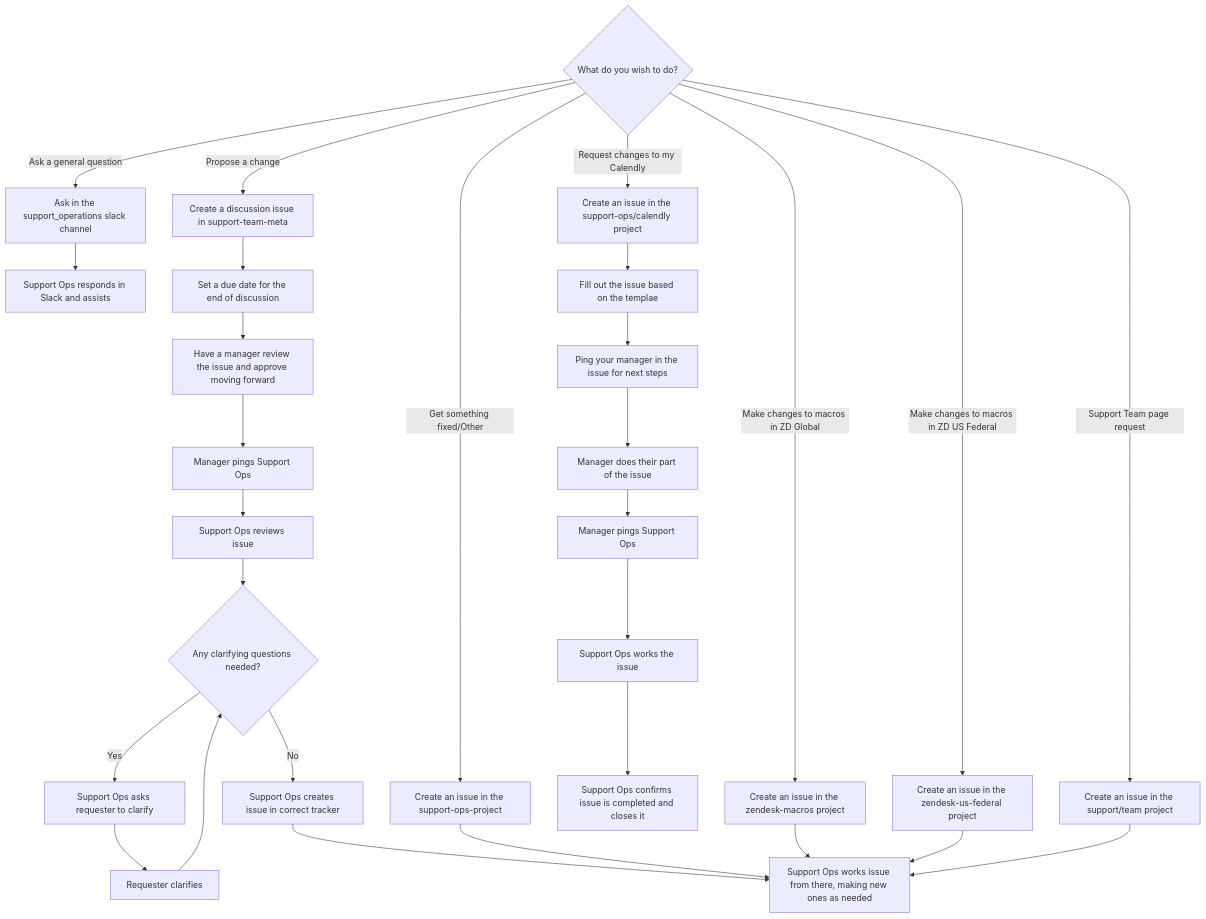
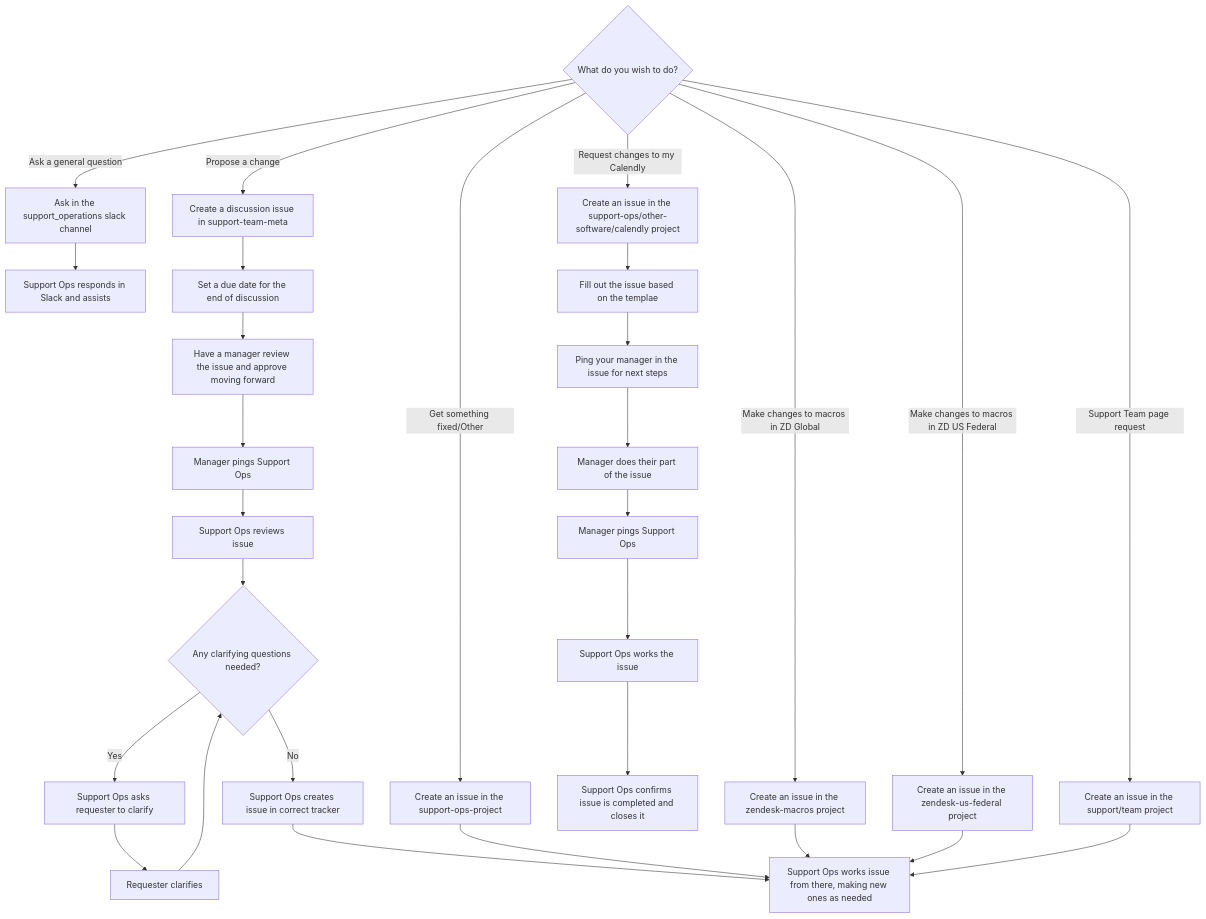
The diagram in support/workflows/working_with_support_ops.html.md (secretstartups/handbook), drawn with Mermaid before and after one commit. The commit also changed other lines of this file and 1 other file, not shown here.

Commit message:
Updating calendly repo URL

````diff
--- a/support/workflows/working_with_support_ops.html.md
+++ b/support/workflows/working_with_support_ops.html.md
@@ -146,55 +146,55 @@
 ```mermaid
 graph TD;
   Start -- "Ask a general question" --> Slack;
   Start -- "Request changes to my Calendly" --> Calendly;
   Start -- "Propose a change" --> SupportTeamMeta;
   Start -- "Get something fixed/Other" --> SupportOpsProject;
   Start -- "Make changes to macros in ZD Global" --> ZendeskMacros;
   Start -- "Make changes to macros in ZD US Federal" --> ZendeskUsFederal;
   Start -- "Support Team page request" --> SupportTeam;
   Slack --> SlackResponds;
   Calendly --> CalendlyFillOutIssue;
   CalendlyFillOutIssue --> CalendlyPingManager;
   CalendlyPingManager --> CalendlyManagerFillOutIssue;
   CalendlyManagerFillOutIssue --> CalendlyManagerPingSupportOps;
   CalendlyManagerPingSupportOps --> CalendlySupportOpsWorksIssue;
   CalendlySupportOpsWorksIssue --> CalendlySupportOpsDone;
   SupportTeamMeta --> SupportTeamMetaDueDate;
   SupportTeamMetaDueDate --> SupportTeamMetaManagerApprove;
   SupportTeamMetaManagerApprove --> SupportTeamMetaManagerPingSupportOps;
   SupportTeamMetaManagerPingSupportOps --> SupportTeamMetaOpsReview;
   SupportTeamMetaOpsReview --> SupportTeamMetaOpsQuestions;
   SupportTeamMetaOpsQuestions -- "Yes" --> SupportTeamMetaOpsAsk;
   SupportTeamMetaOpsAsk --> SupportTeamMetaOpsRequesterClarifies;
   SupportTeamMetaOpsRequesterClarifies --> SupportTeamMetaOpsQuestions;
   SupportTeamMetaOpsQuestions -- "No" --> SupportTeamMetaOpsCreatesIssue;
   SupportTeamMetaOpsCreatesIssue --> OpsWorksIssue;
   SupportOpsProject --> OpsWorksIssue;
   ZendeskMacros --> OpsWorksIssue;
   ZendeskUsFederal --> OpsWorksIssue;
   SupportTeam --> OpsWorksIssue;
   Start{"What do you wish to do?"};
   Slack["Ask in the support_operations slack channel"];
   SlackResponds["Support Ops responds in Slack and assists"];
-  Calendly["Create an issue in the support-ops/calendly project"];
+  Calendly["Create an issue in the support-ops/other-software/calendly project"];
   CalendlyFillOutIssue["Fill out the issue based on the templae"];
   CalendlyPingManager["Ping your manager in the issue for next steps"];
   CalendlyManagerFillOutIssue["Manager does their part of the issue"];
   CalendlyManagerPingSupportOps["Manager pings Support Ops"];
   CalendlySupportOpsWorksIssue["Support Ops works the issue"];
   CalendlySupportOpsDone["Support Ops confirms issue is completed and closes it"];
   SupportTeamMeta["Create a discussion issue in support-team-meta"];
   SupportTeamMetaDueDate["Set a due date for the end of discussion"];
   SupportTeamMetaManagerApprove["Have a manager review the issue and approve moving forward"];
   SupportTeamMetaManagerPingSupportOps["Manager pings Support Ops"];
   SupportTeamMetaOpsReview["Support Ops reviews issue"];
   SupportTeamMetaOpsQuestions{"Any clarifying questions needed?"};
   SupportTeamMetaOpsAsk["Support Ops asks requester to clarify"];
   SupportTeamMetaOpsRequesterClarifies["Requester clarifies"];
   SupportTeamMetaOpsCreatesIssue["Support Ops creates issue in correct tracker"];
   SupportOpsProject["Create an issue in the support-ops-project"];
   OpsWorksIssue["Support Ops works issue from there, making new ones as needed"];
   ZendeskMacros["Create an issue in the zendesk-macros project"];
   ZendeskUsFederal["Create an issue in the zendesk-us-federal project"];
   SupportTeam["Create an issue in the support/team project"];
 ```
````
